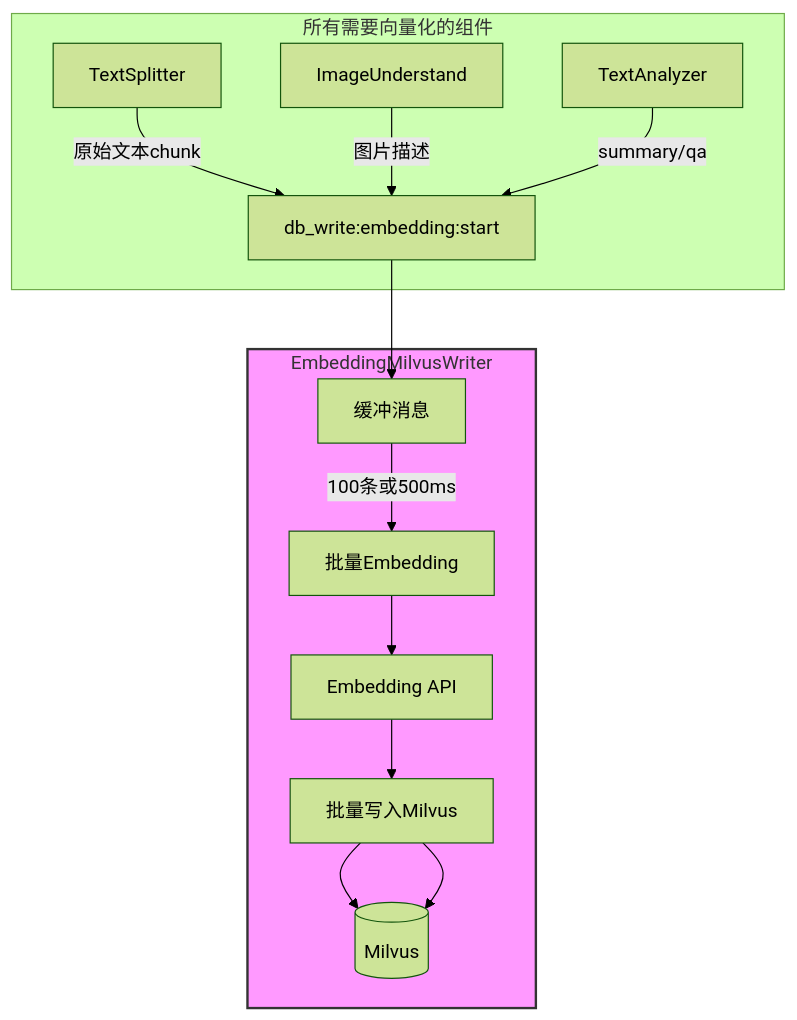
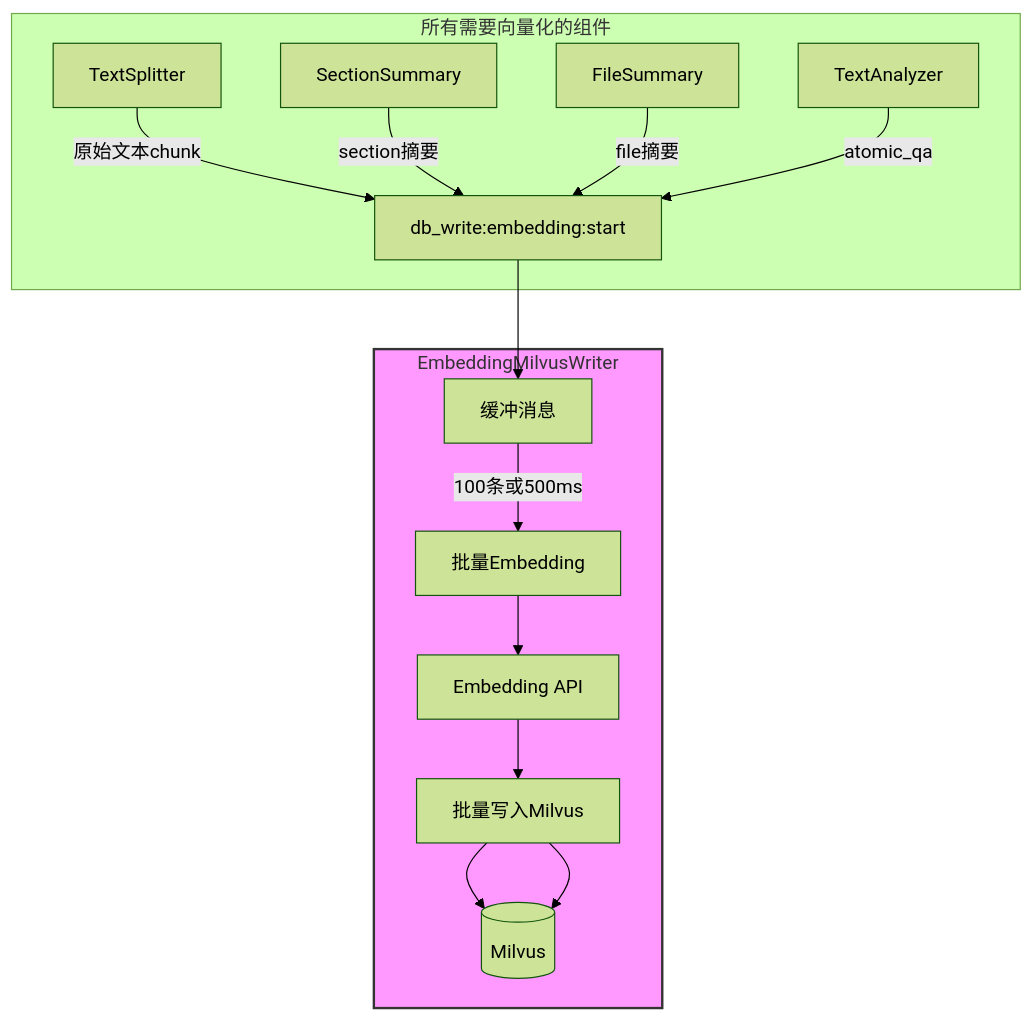
The ninth of 12 diagrams in docs/通用文件和工作空间文件知识库/通用文件索引高性能架构设计.md (caixiongjiang/agentic_knowledge_system), drawn with Mermaid (forest theme) before and after one commit. The commit also changed other lines of this file and 3 other files, not shown here.

````diff
--- a/docs/通用文件和工作空间文件知识库/通用文件索引高性能架构设计.md
+++ b/docs/通用文件和工作空间文件知识库/通用文件索引高性能架构设计.md
@@ -947,20 +1032,21 @@
 ```mermaid
 graph TD
     subgraph 生产者[所有需要向量化的组件]
         A1[TextSplitter] -->|原始文本chunk| T1[db_write:embedding:start]
-        A2[ImageUnderstand] -->|图片描述| T1
-        A3[TextAnalyzer] -->|summary/qa| T1
+        A2[SectionSummary] -->|section摘要| T1
+        A3[FileSummary] -->|file摘要| T1
+        A4[TextAnalyzer] -->|atomic_qa| T1
     end
     
     subgraph Writer[EmbeddingMilvusWriter]
         T1 --> B[缓冲消息]
         B -->|100条或500ms| C[批量Embedding]
         C --> D[Embedding API]
         D --> E[批量写入Milvus]
         E --> F[(Milvus)]
     end
     
     E --> F[(Milvus)]
     
     style Writer fill:#f9f,stroke:#333,stroke-width:2px
 ```
````
